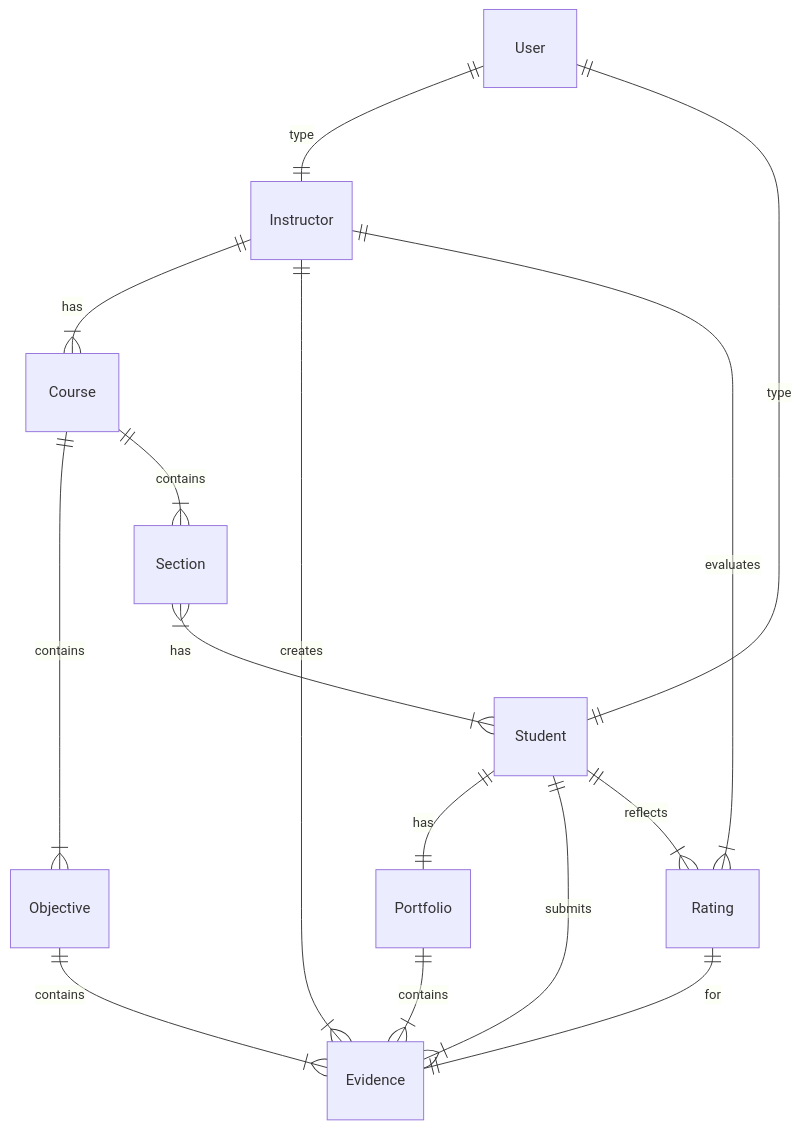
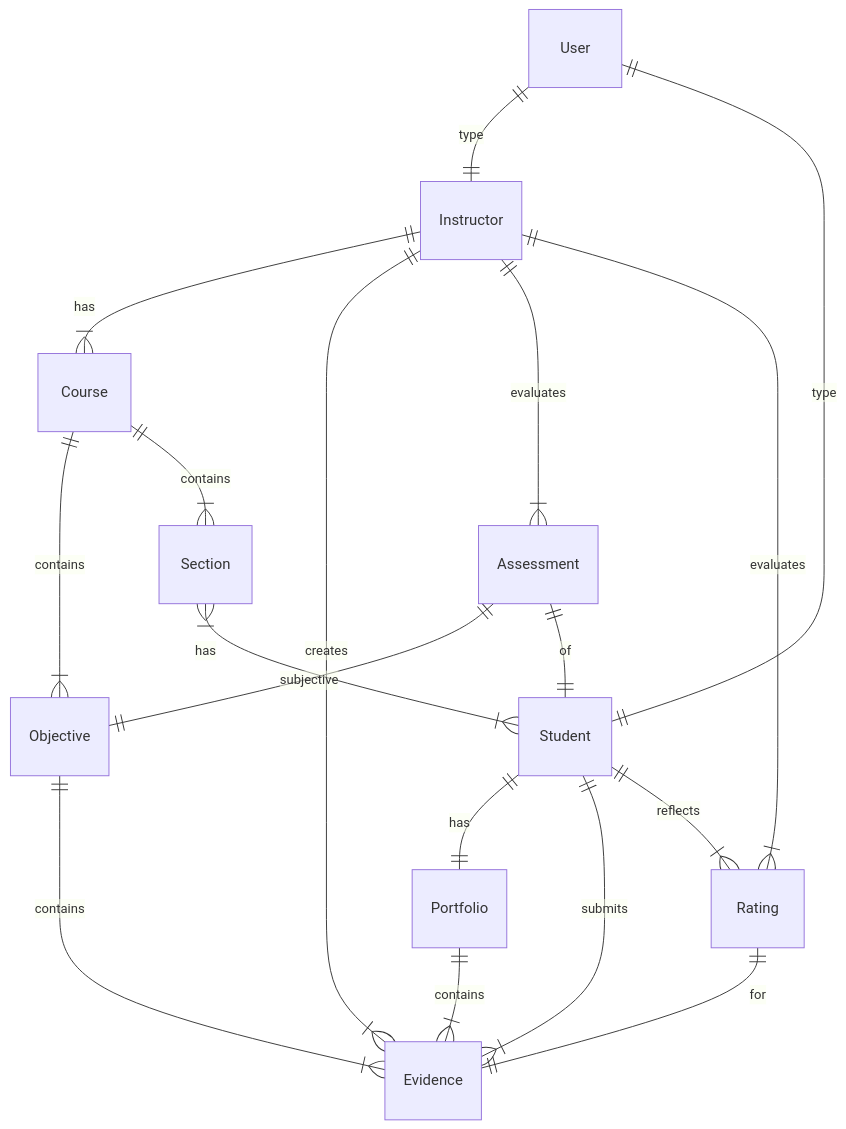
One commit to gurunate/learning-portrait changed the first of 2 diagrams in docs/domain-model.md. Above: the diagram before and after it, drawn with Mermaid. The commit also changed other lines of this file and 14 other files, not shown here.

````diff
--- a/docs/domain-model.md
+++ b/docs/domain-model.md
@@ -35,17 +35,20 @@
 ```mermaid
 erDiagram
     User ||--|| Instructor: type
     User ||--|| Student: type
     Instructor ||--|{ Course: has
     Section  }|--|{ Student: has
     Objective ||--|{ Evidence: contains
     Course ||--|{ Objective : contains
     Course ||--|{ Section : contains
     Student ||--|| Portfolio: has
     Instructor ||--|{ Evidence: creates
+    Assessment ||--|| Objective: subjective
+    Assessment ||--|| Student: of
     Student ||--|{ Evidence: submits
     Portfolio ||--|{ Evidence : contains
     Student ||--|{ Rating: reflects
+    Instructor ||--|{ Assessment: evaluates
     Instructor ||--|{ Rating: evaluates
     Rating ||--|| Evidence: for
 ```
````
